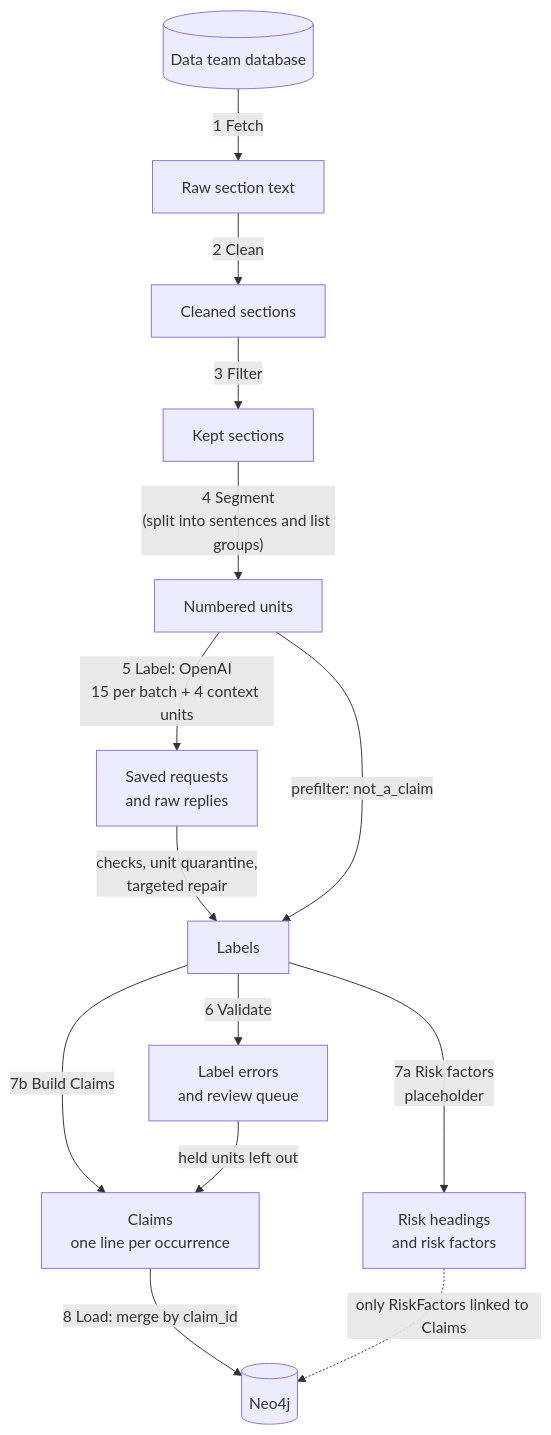
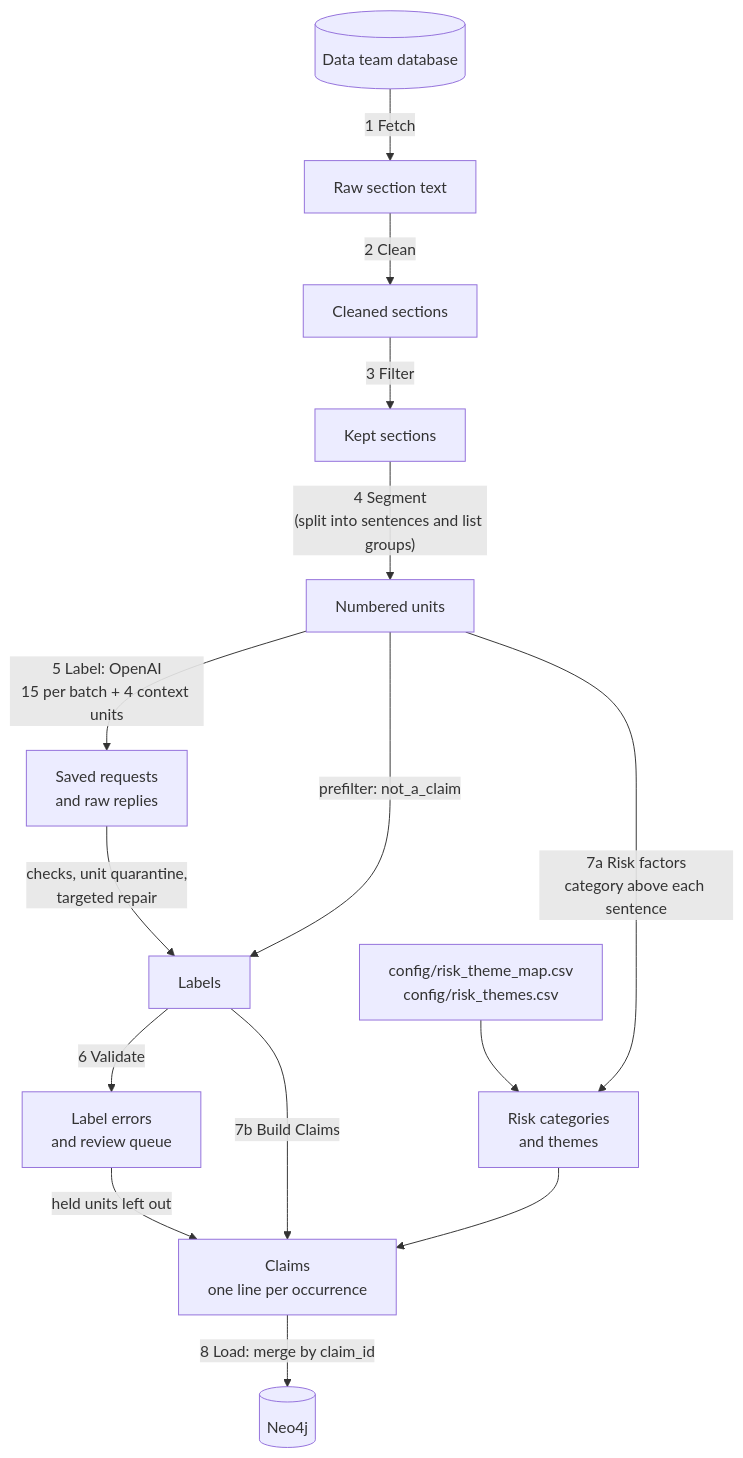
The diagram in extraction_pipeline/README.md (ZiyiClaudiaWang/KPMG-GraphRAG), drawn with Mermaid before and after one commit. The commit also changed other lines of this file and 9 other files, not shown here.

````diff
--- a/extraction_pipeline/README.md
+++ b/extraction_pipeline/README.md
@@ -37,16 +74,17 @@
 ```mermaid
 flowchart TD
     DB[("Data team database")] -->|"1 Fetch"| SEC["Raw section text"]
     SEC -->|"2 Clean"| CLN["Cleaned sections"]
     CLN -->|"3 Filter"| MAN["Kept sections"]
     MAN -->|"4 Segment<br/>(split into sentences and list groups)"| UNITS["Numbered units"]
     UNITS -->|"5 Label: OpenAI<br/>15 per batch + 4 context units"| CACHE["Saved requests<br/>and raw replies"]
     CACHE -->|"checks, unit quarantine,<br/>targeted repair"| LAB["Labels"]
     UNITS -->|"prefilter: not_a_claim"| LAB
     LAB -->|"6 Validate"| REV["Label errors<br/>and review queue"]
-    LAB -->|"7a Risk factors<br/>placeholder"| RF["Risk headings<br/>and risk factors"]
+    UNITS -->|"7a Risk factors<br/>category above each sentence"| RF["Risk categories<br/>and themes"]
+    MAP["config/risk_theme_map.csv<br/>config/risk_themes.csv"] --> RF
     LAB -->|"7b Build Claims"| CLM["Claims<br/>one line per occurrence"]
+    RF --> CLM
     REV -->|"held units left out"| CLM
     CLM -->|"8 Load: merge by claim_id"| NEO[("Neo4j")]
-    RF -.->|"only RiskFactors linked to Claims"| NEO
 ```
````
